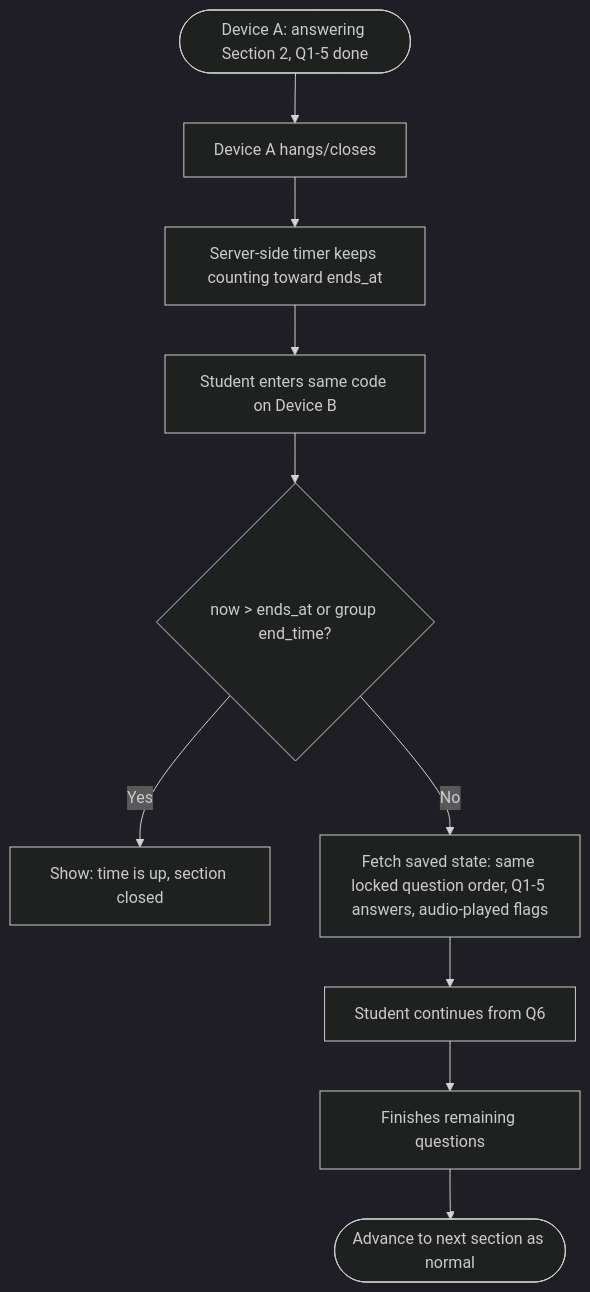
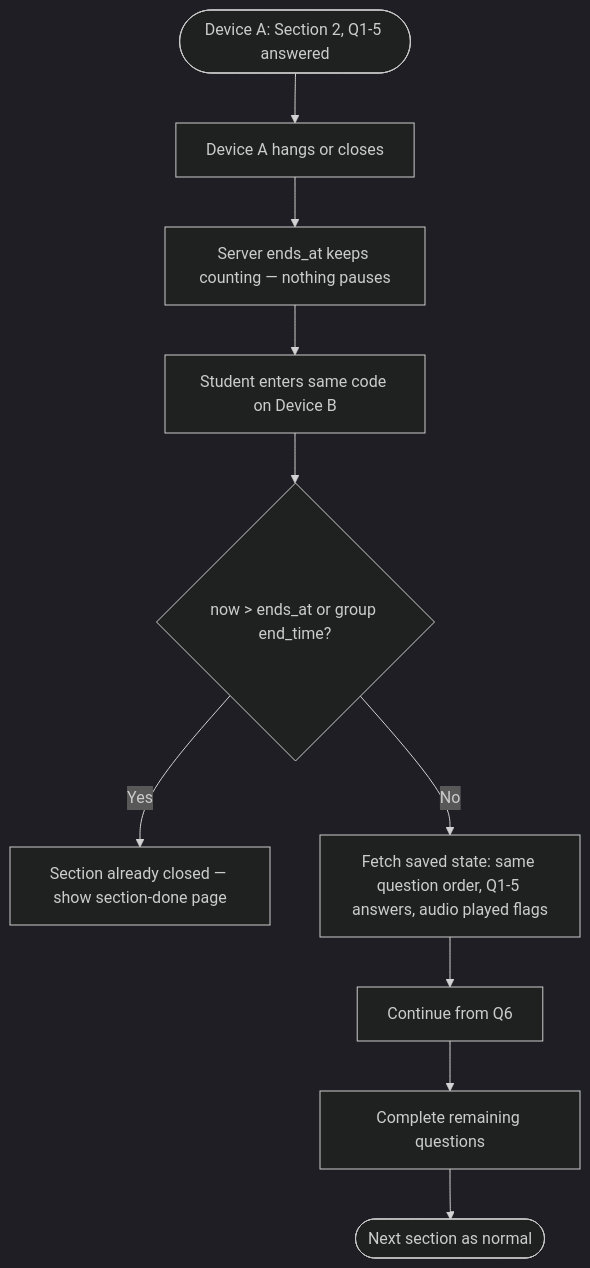
One commit to bawas07/test-platform changed the fifth of 6 diagrams in docs/flow.md. Above: the diagram before and after it, drawn with Mermaid (dark theme). The commit also changed other lines of this file, not shown here.

First line of the commit message:
Revise flow documentation for clarity and structure

````diff
--- a/docs/flow.md
+++ b/docs/flow.md
@@ -95,12 +119,12 @@
 ```mermaid
 flowchart TD
-    DeviceA([Device A: answering Section 2, Q1-5 done]) --> Crash[Device A hangs/closes]
-    Crash --> StillRunning[Server-side timer keeps counting toward ends_at]
-    StillRunning --> DeviceB[Student enters same code on Device B]
-    DeviceB --> CheckTime{now > ends_at or group end_time?}
-    CheckTime -->|Yes| TimeUp[Show: time is up, section closed]
-    CheckTime -->|No| Restore[Fetch saved state: same locked question order, Q1-5 answers, audio-played flags]
-    Restore --> Continue[Student continues from Q6]
-    Continue --> Finish[Finishes remaining questions]
-    Finish --> NextSection([Advance to next section as normal])
+    DeviceA([Device A: Section 2, Q1-5 answered]) --> Crash[Device A hangs or closes]
+    Crash --> Counting[Server ends_at keeps counting — nothing pauses]
+    Counting --> DeviceB[Student enters same code on Device B]
+    DeviceB --> TimeCheck{now > ends_at or group end_time?}
+    TimeCheck -->|Yes| TimeUp[Section already closed — show section-done page]
+    TimeCheck -->|No| Restore[Fetch saved state: same question order, Q1-5 answers, audio played flags]
+    Restore --> Continue[Continue from Q6]
+    Continue --> Finish[Complete remaining questions]
+    Finish --> NextSection([Next section as normal])
 ```
````
